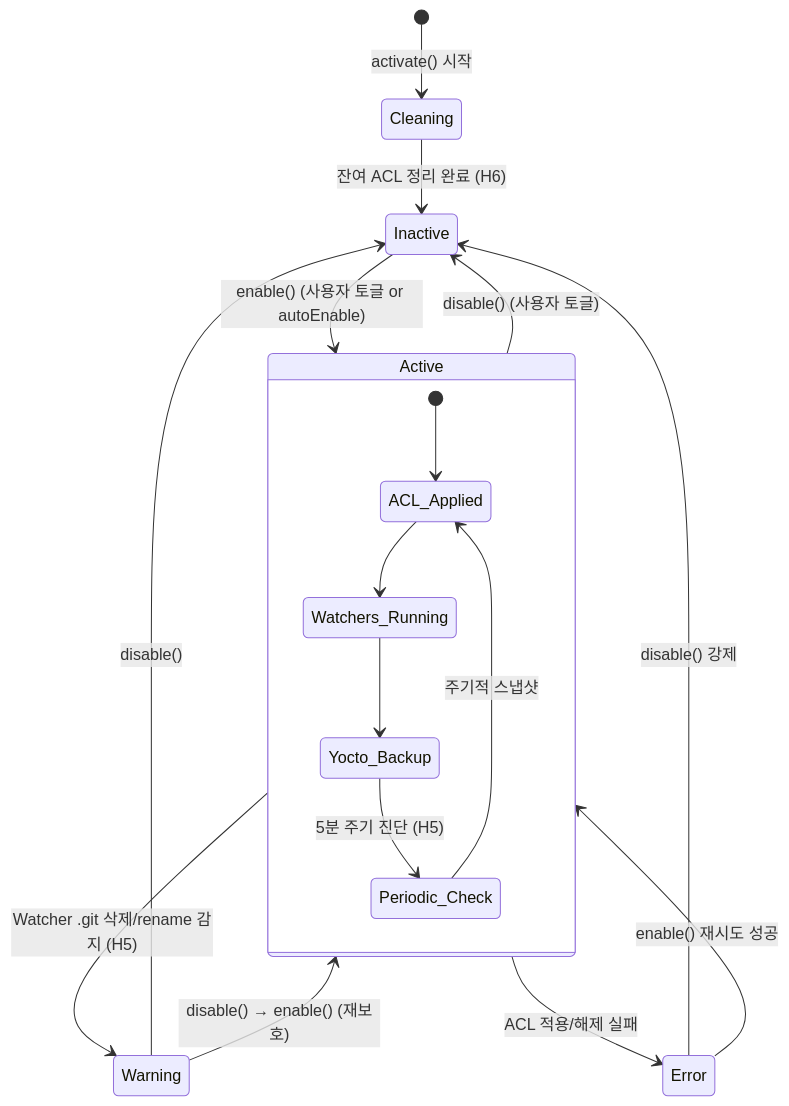
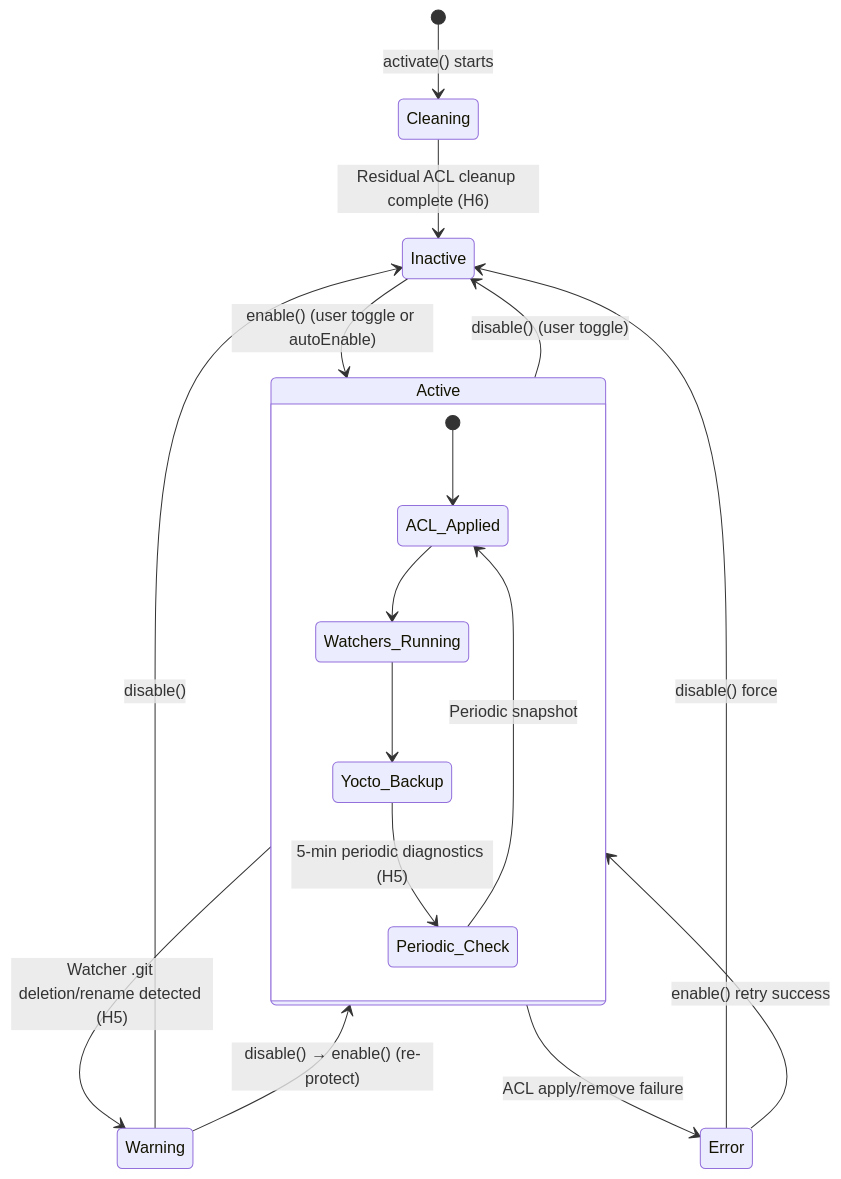
Before and after one commit to myk1yt/VibeZoo: the third of 3 diagrams in plans/guard-git-design.md, drawn with Mermaid. The commit also changed other lines of this file and 17 other files, not shown here.

````diff
--- a/plans/guard-git-design.md
+++ b/plans/guard-git-design.md
@@ -888,21 +888,21 @@
 ```mermaid
 stateDiagram-v2
-    [*] --> Cleaning: activate() 시작
-    Cleaning --> Inactive: 잔여 ACL 정리 완료 (H6)
-    Inactive --> Active: enable() (사용자 토글 or autoEnable)
-    Active --> Inactive: disable() (사용자 토글)
-    Active --> Warning: Watcher .git 삭제/rename 감지 (H5)
-    Warning --> Active: disable() → enable() (재보호)
+    [*] --> Cleaning: activate() starts
+    Cleaning --> Inactive: Residual ACL cleanup complete (H6)
+    Inactive --> Active: enable() (user toggle or autoEnable)
+    Active --> Inactive: disable() (user toggle)
+    Active --> Warning: Watcher .git deletion/rename detected (H5)
+    Warning --> Active: disable() → enable() (re-protect)
     Warning --> Inactive: disable()
-    Active --> Error: ACL 적용/해제 실패
-    Error --> Active: enable() 재시도 성공
-    Error --> Inactive: disable() 강제
+    Active --> Error: ACL apply/remove failure
+    Error --> Active: enable() retry success
+    Error --> Inactive: disable() force
 
     state Active {
         [*] --> ACL_Applied
         ACL_Applied --> Watchers_Running
         Watchers_Running --> Yocto_Backup
-        Yocto_Backup --> Periodic_Check: 5분 주기 진단 (H5)
-        Periodic_Check --> ACL_Applied: 주기적 스냅샷
+        Yocto_Backup --> Periodic_Check: 5-min periodic diagnostics (H5)
+        Periodic_Check --> ACL_Applied: Periodic snapshot
     }
 ```
````
